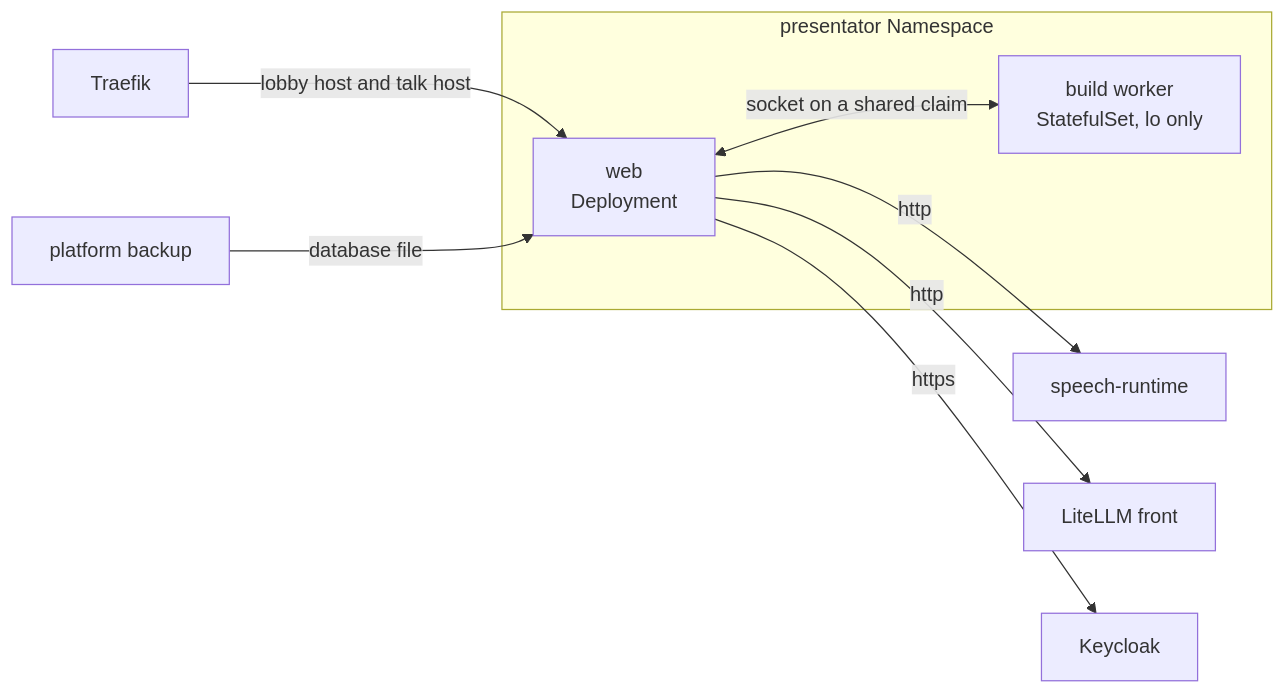
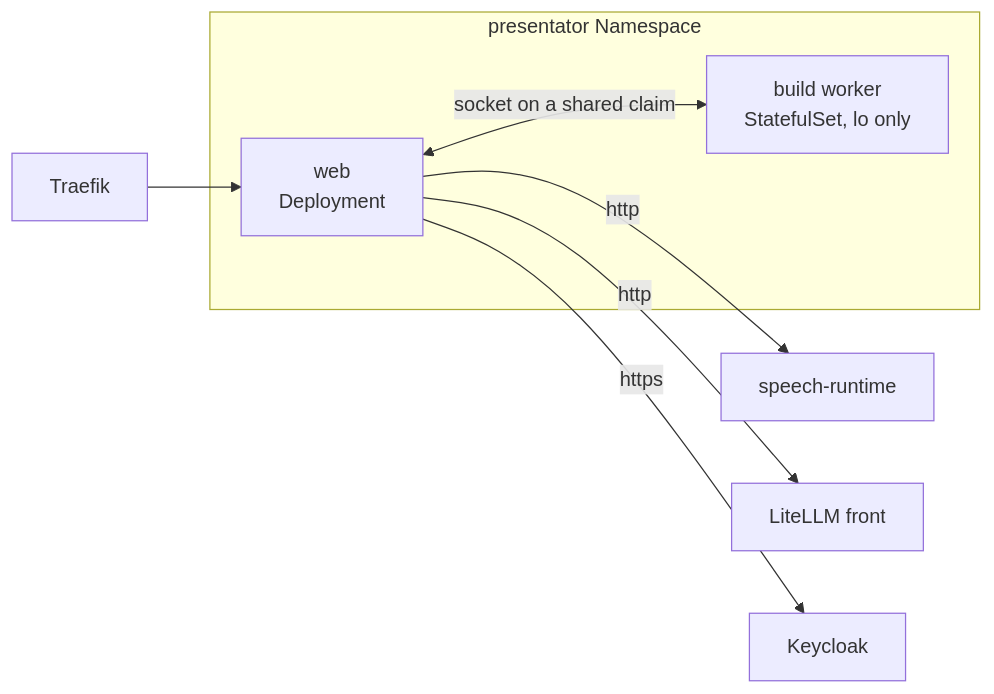
Before and after one commit to overnightworks/presentator: the fourth of 4 diagrams in docs/ARCHITECTURE.md, drawn with Mermaid. The commit also changed other lines of this file, not shown here.

First line of the commit message:
Trim the architecture overview to its 200-line budget (#1128)

````diff
--- a/docs/ARCHITECTURE.md
+++ b/docs/ARCHITECTURE.md
@@ -91,13 +76,12 @@
 ```mermaid
 flowchart LR
-    traefik[Traefik] -- lobby host and talk host --> web
+    traefik[Traefik] --> web
     subgraph namespace[presentator Namespace]
         web[web<br/>Deployment]
         worker[build worker<br/>StatefulSet, lo only]
         web <-- socket on a shared claim --> worker
     end
     web -- http --> speech[speech-runtime]
     web -- http --> gateway[LiteLLM front]
     web -- https --> keycloak[Keycloak]
-    backup[platform backup] -- database file --> web
 ```
````
